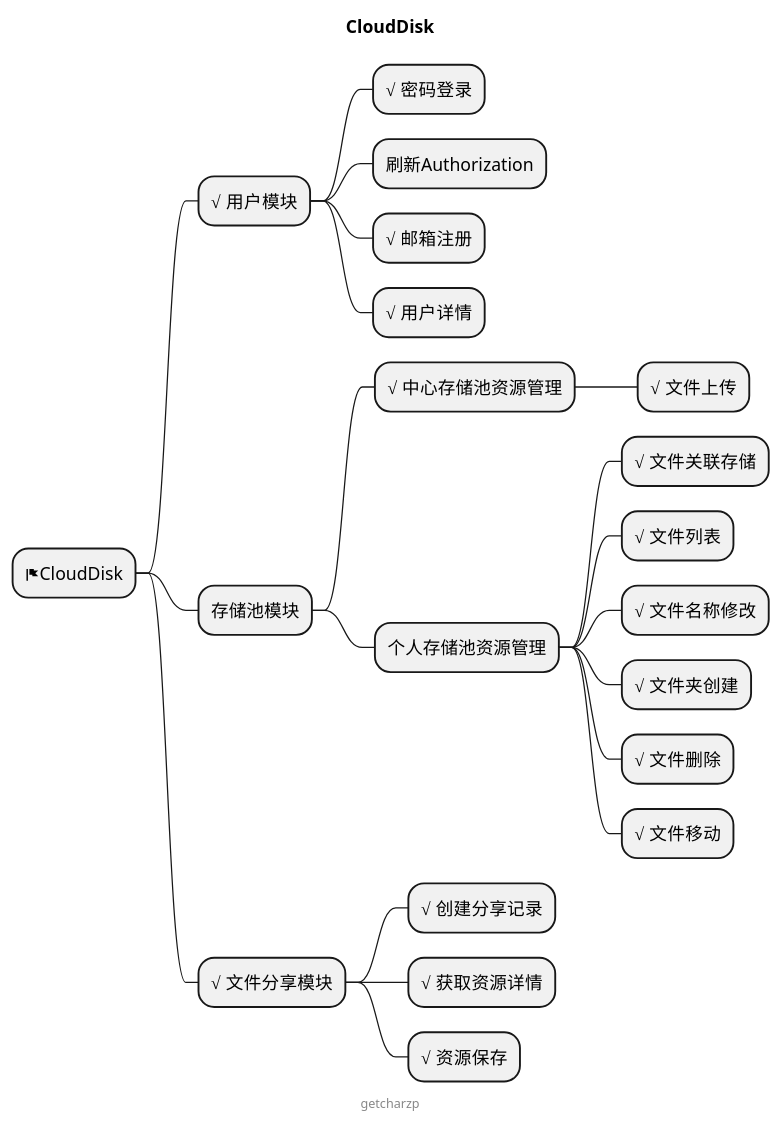
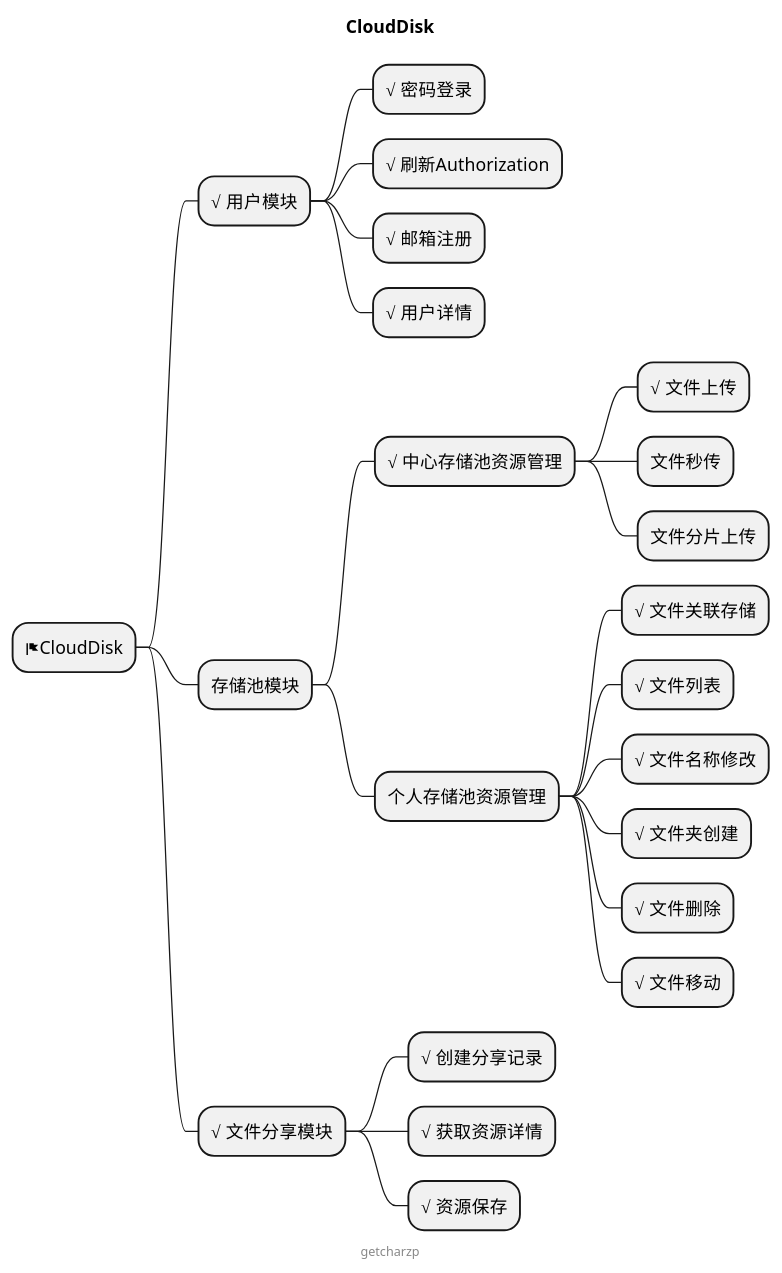
One commit to GetcharZp/cloud-disk changed the diagram in MIND.puml. Above: the diagram before and after it, drawn with PlantUML. The commit also changed 1 other file, not shown here.

```diff
--- a/MIND.puml
+++ b/MIND.puml
@@ -1,28 +1,30 @@
 @startmindmap
 
 title CloudDisk
 
 * <&flag>CloudDisk
 ** √ 用户模块
 *** √ 密码登录
-*** 刷新Authorization
+*** √ 刷新Authorization
 *** √ 邮箱注册
 *** √ 用户详情
 ** 存储池模块
 *** √ 中心存储池资源管理
 **** √ 文件上传
+**** 文件秒传
+**** 文件分片上传
 *** 个人存储池资源管理
 **** √ 文件关联存储
 **** √ 文件列表
 **** √ 文件名称修改
 **** √ 文件夹创建
 **** √ 文件删除
 **** √ 文件移动
 ** √ 文件分享模块
 *** √ 创建分享记录
 *** √ 获取资源详情
 *** √ 资源保存
 
 center footer getcharzp
 
 @endmindmap
```
